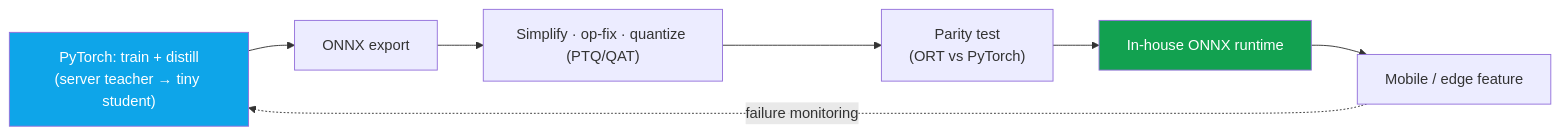
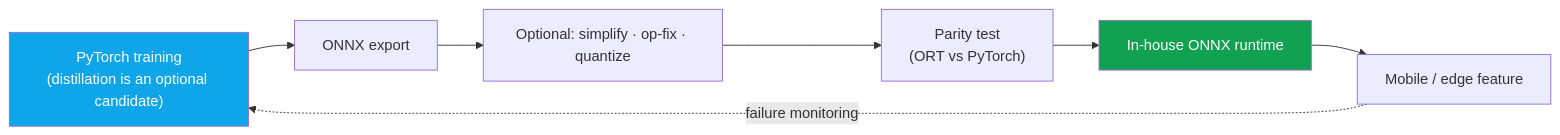
Before and after one commit to beomyoung-kim/ml_study: the diagram in content/resume/on-device-segmentation.md, drawn with Mermaid. The commit also changed other lines of this file and 209 other files, not shown here.

````diff
--- a/content/resume/on-device-segmentation.md
+++ b/content/resume/on-device-segmentation.md
@@ -13,11 +16,11 @@
 ```mermaid
 flowchart LR
-  TRAIN["PyTorch: train + distill<br/>(server teacher → tiny student)"] --> EXP["ONNX export"]
-  EXP --> OPT["Simplify · op-fix · quantize (PTQ/QAT)"]
+  TRAIN["PyTorch training<br/>(distillation is an optional candidate)"] --> EXP["ONNX export"]
+  EXP --> OPT["Optional: simplify · op-fix · quantize"]
   OPT --> PAR["Parity test<br/>(ORT vs PyTorch)"]
   PAR --> SERVE["In-house ONNX runtime"]
   SERVE --> APP["Mobile / edge feature"]
   APP -.->|failure monitoring| TRAIN
   style TRAIN fill:#0ea5e9,color:#fff
   style SERVE fill:#12a150,color:#fff
 ```
````
